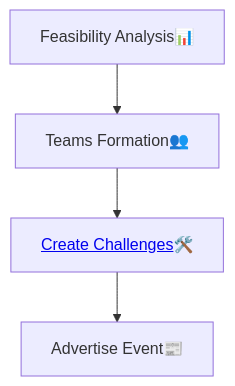
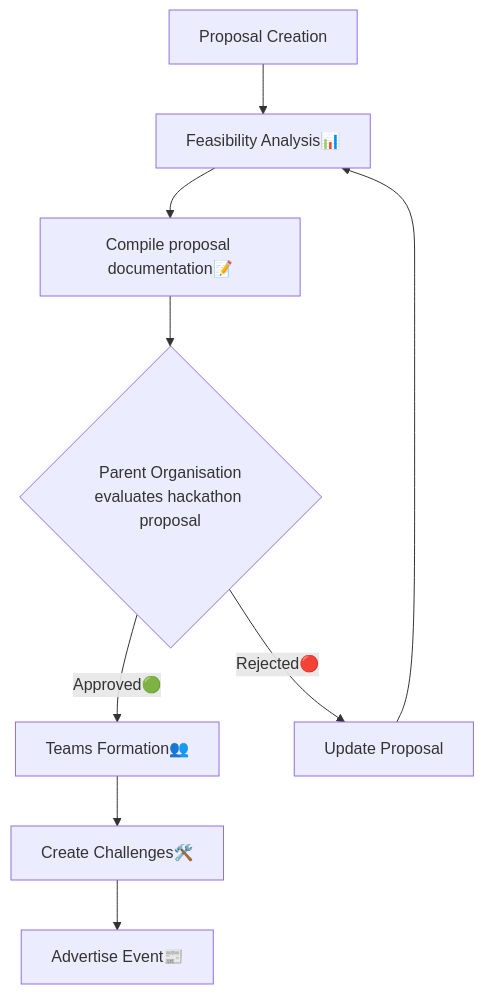
The first of 2 diagrams in README.md (Mebanseibor/Cyber-Security-Hackathon), drawn with Mermaid before and after one commit. The commit also changed other lines of this file and 2 other files, not shown here.

Commit message:
Updated Markdown documents

````diff
--- a/README.md
+++ b/README.md
@@ -38,15 +43,26 @@
 ```mermaid
 graph TB
     %%Node definition
+    PC[Proposal Creation]
+    PU[Proposal Update]
+    PD[Proposal Documentation]
     FA[Feasibility Analysis📊]
+    PO[Parent Organization🏢]
     TF[Teams Formation👥]
-    CC[<a href="#mermaid-creatingchallenges">Create Challenges</a>🛠️]
+    CC[Create Challenges🛠️]
     AE[Advertise Event📰]
 
 
     %%Node Connection
-    FA-->TF
+    
+    PC-->FA
+    FA-->PD[Compile proposal documentation📝]
+    PD-->PO{Parent Organisation<br>evaluates hackathon proposal}
+    %% Parent Organisation
+        PO--Approved🟢-->TF
+        PO--Rejected🔴-->PU[Update Proposal]
+    PU-->FA
     TF-->CC
     CC-->AE
 
 ```
````
